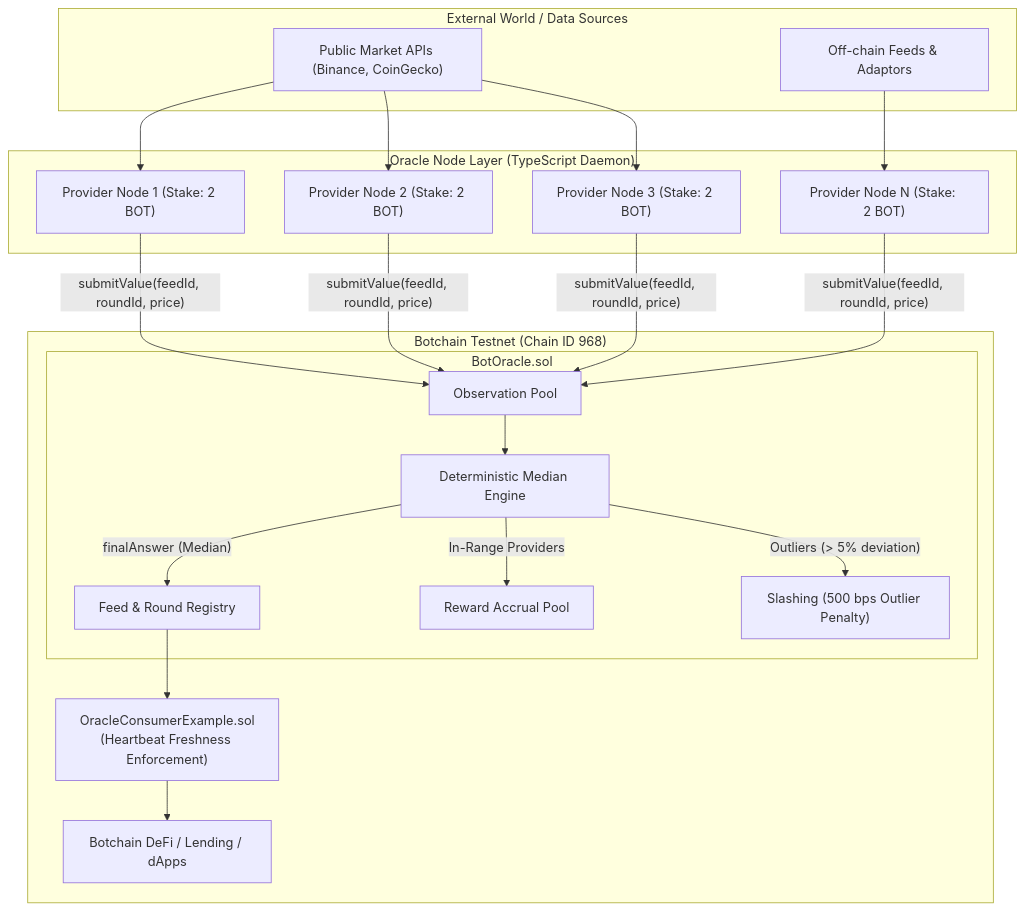
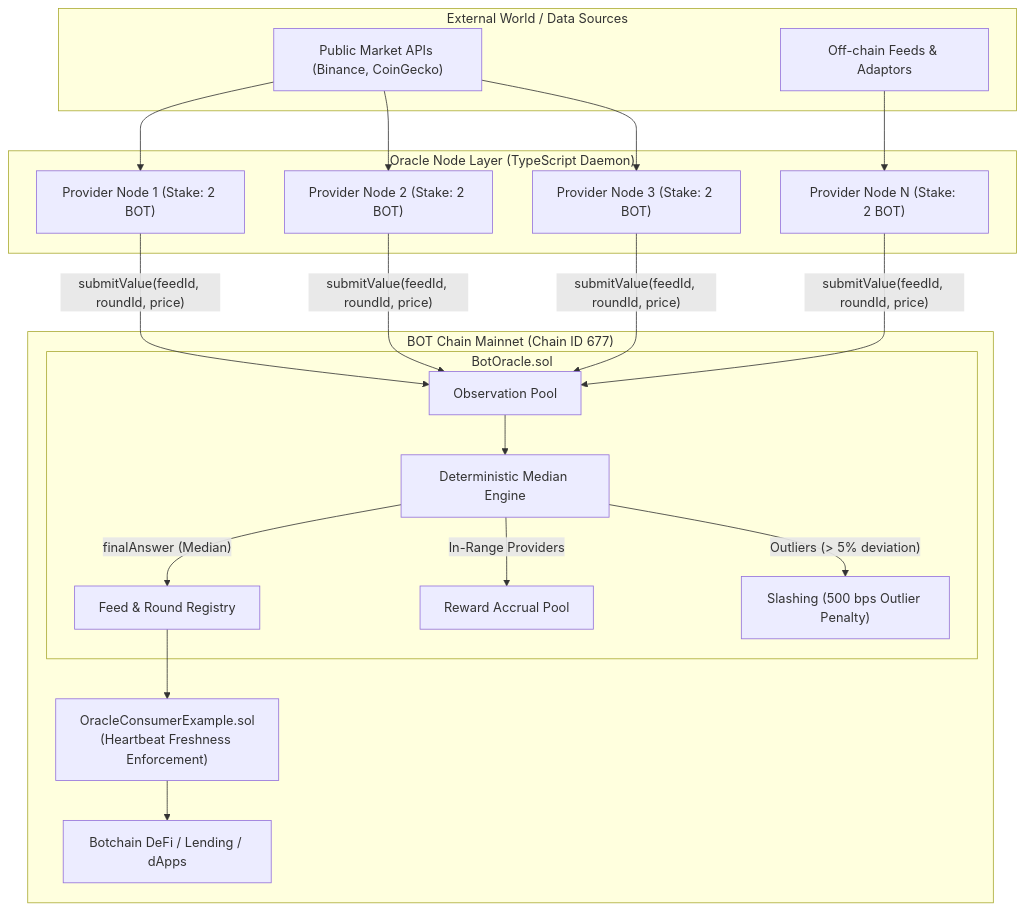
Before and after one commit to liljhnxn/botoracle: the diagram in README.md, drawn with Mermaid. The commit also changed other lines of this file and 32 other files, not shown here.

Commit message:
feat: deploy and verify BotOracle on BOT Chain Mainnet, remove testnet references, integrate mainnet explorer

````diff
--- a/README.md
+++ b/README.md
@@ -11,44 +11,44 @@
 ```mermaid
 graph TD
     subgraph External["External World / Data Sources"]
         APIs["Public Market APIs (Binance, CoinGecko)"]
         Sensors["Off-chain Feeds & Adaptors"]
     end
 
     subgraph NodeLayer["Oracle Node Layer (TypeScript Daemon)"]
         Node1["Provider Node 1 (Stake: 2 BOT)"]
         Node2["Provider Node 2 (Stake: 2 BOT)"]
         Node3["Provider Node 3 (Stake: 2 BOT)"]
         NodeN["Provider Node N (Stake: 2 BOT)"]
     end
 
-    subgraph Botchain["Botchain Testnet (Chain ID 968)"]
+    subgraph Botchain["BOT Chain Mainnet (Chain ID 677)"]
         subgraph SmartContract["BotOracle.sol"]
             FeedRegistry["Feed & Round Registry"]
             Submissions["Observation Pool"]
             MedianCalc["Deterministic Median Engine"]
             RewardPool["Reward Accrual Pool"]
             SlashingEngine["Slashing (500 bps Outlier Penalty)"]
         end
         Consumer["OracleConsumerExample.sol<br/>(Heartbeat Freshness Enforcement)"]
         DApps["Botchain DeFi / Lending / dApps"]
     end
 
     APIs --> Node1
     APIs --> Node2
     APIs --> Node3
     Sensors --> NodeN
 
     Node1 -- "submitValue(feedId, roundId, price)" --> Submissions
     Node2 -- "submitValue(feedId, roundId, price)" --> Submissions
     Node3 -- "submitValue(feedId, roundId, price)" --> Submissions
     NodeN -- "submitValue(feedId, roundId, price)" --> Submissions
 
     Submissions --> MedianCalc
     MedianCalc -- "finalAnswer (Median)" --> FeedRegistry
     MedianCalc -- "In-Range Providers" --> RewardPool
     MedianCalc -- "Outliers (> 5% deviation)" --> SlashingEngine
 
     FeedRegistry --> Consumer
     Consumer --> DApps
 ```
````
